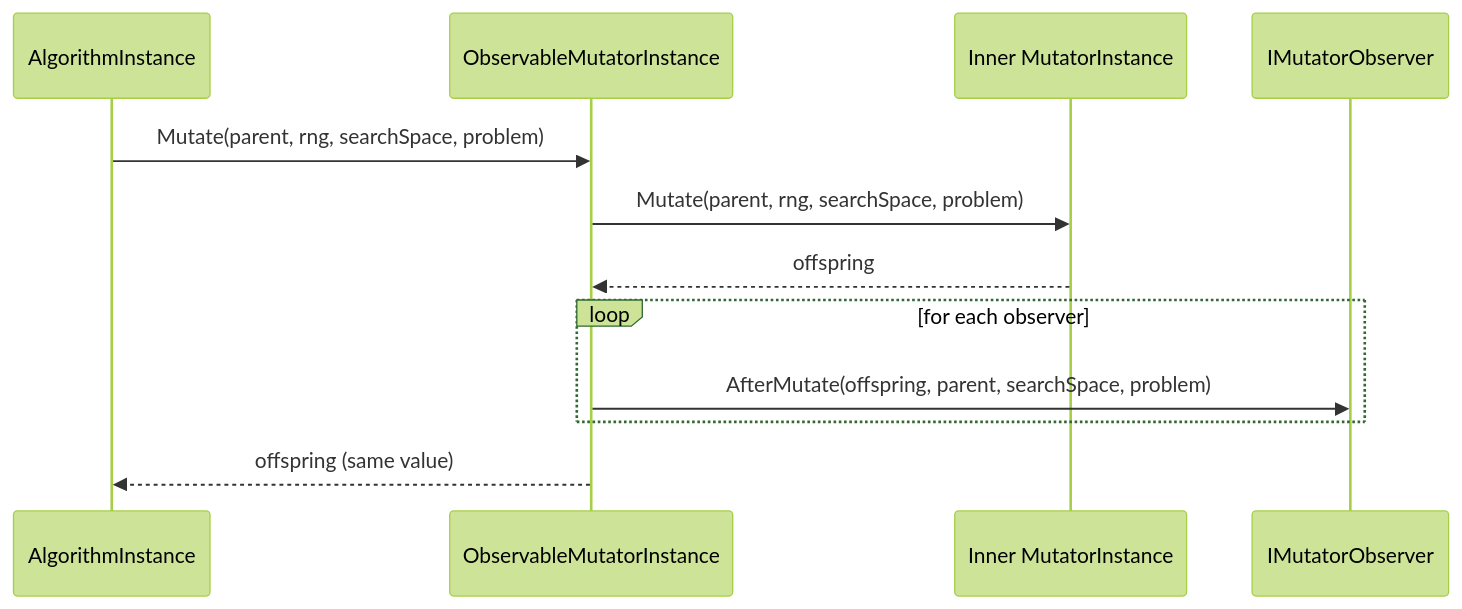
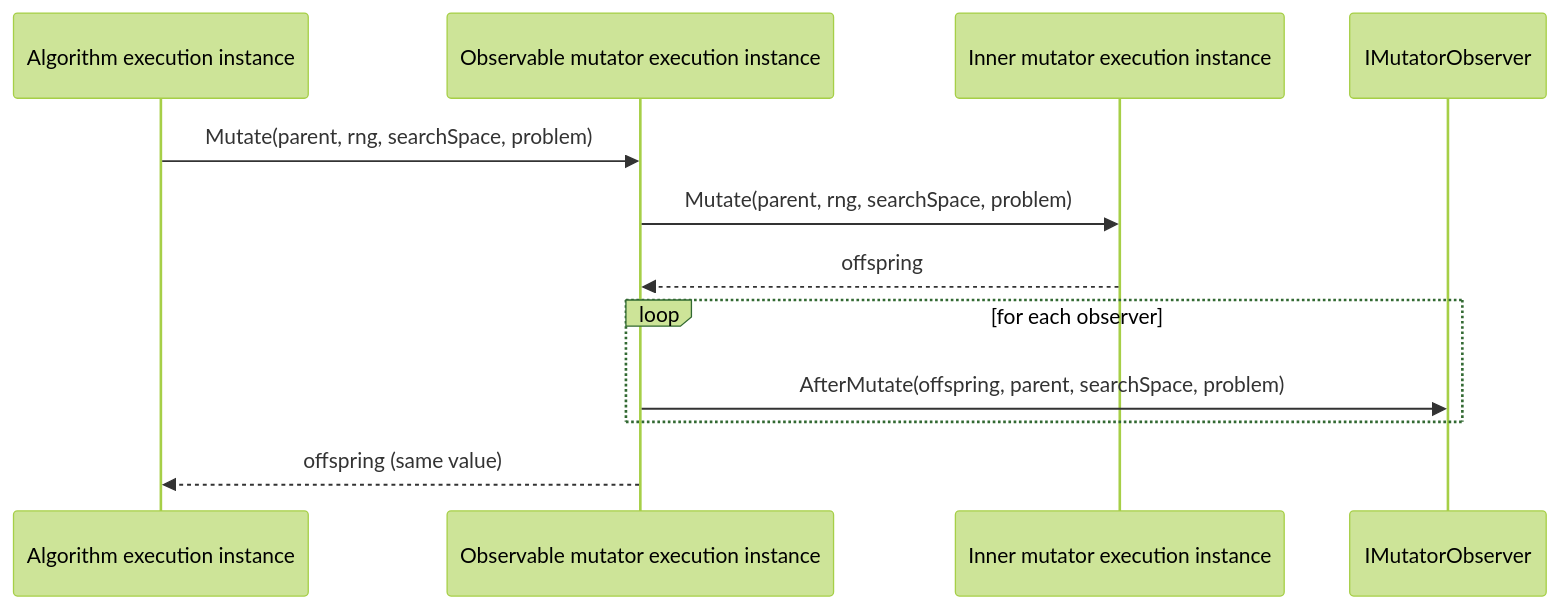
One commit to heal-research/HeuristicLib changed the diagram in docs/observability-and-analysis.md. Above: the diagram before and after it, drawn with Mermaid (forest theme). The commit also changed other lines of this file and 18 other files, not shown here.

````diff
--- a/docs/observability-and-analysis.md
+++ b/docs/observability-and-analysis.md
@@ -48,15 +48,15 @@
 ```mermaid
 sequenceDiagram
-  participant Algo as AlgorithmInstance
-  participant OM as ObservableMutatorInstance
-  participant M as Inner MutatorInstance
+  participant Algo as Algorithm execution instance
+  participant OM as Observable mutator execution instance
+  participant M as Inner mutator execution instance
   participant Obs as IMutatorObserver
 
   Algo->>OM: Mutate(parent, rng, searchSpace, problem)
   OM->>M: Mutate(parent, rng, searchSpace, problem)
   M-->>OM: offspring
   loop for each observer
     OM->>Obs: AfterMutate(offspring, parent, searchSpace, problem)
   end
   OM-->>Algo: offspring (same value)
 ```
````
